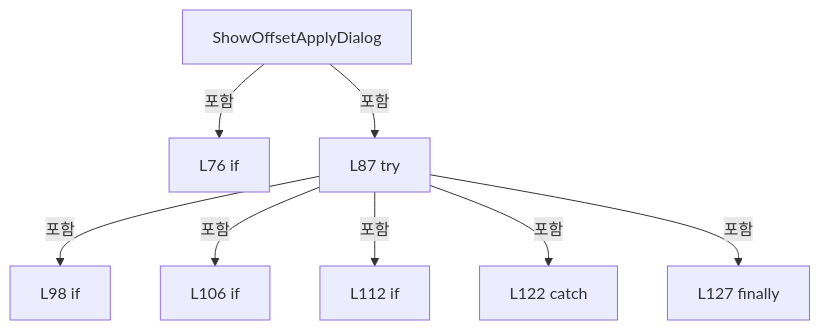
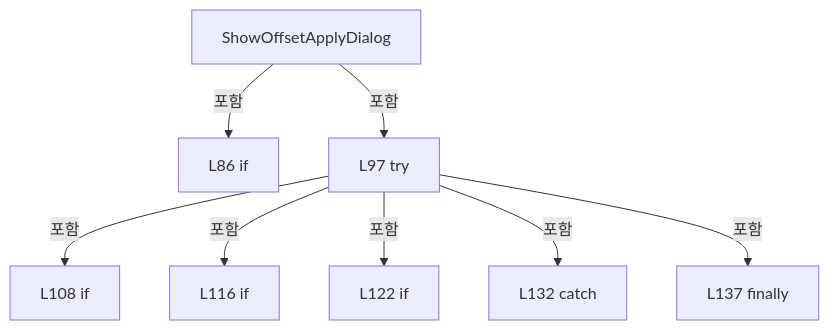
One commit to kjuws10-rgb/Shared changed the second of 18 diagrams in A3 LD Code Ref/files/Drilling.UI/Menu/Menus/CMenuCorrection.ReviewData.Offset.cs.md. Above: the diagram before and after it, drawn with Mermaid. The commit also changed other lines of this file and 2071 other files, not shown here.

Commit message:
docs(a3): update 11.19.0 architecture and code reference

````diff
--- a/A3 LD Code Ref/files/Drilling.UI/Menu/Menus/CMenuCorrection.ReviewData.Offset.cs.md
+++ b/A3 LD Code Ref/files/Drilling.UI/Menu/Menus/CMenuCorrection.ReviewData.Offset.cs.md
@@ -505,18 +509,18 @@
 ```mermaid
 flowchart TD
  M["ShowOffsetApplyDialog"]
- N0["L76 if"]
+ N0["L86 if"]
  M -->|포함| N0
- N1["L87 try"]
+ N1["L97 try"]
  M -->|포함| N1
- N2["L98 if"]
+ N2["L108 if"]
  N1 -->|포함| N2
- N3["L106 if"]
+ N3["L116 if"]
  N1 -->|포함| N3
- N4["L112 if"]
+ N4["L122 if"]
  N1 -->|포함| N4
- N5["L122 catch"]
+ N5["L132 catch"]
  N1 -->|포함| N5
- N6["L127 finally"]
+ N6["L137 finally"]
  N1 -->|포함| N6
 ```
````
